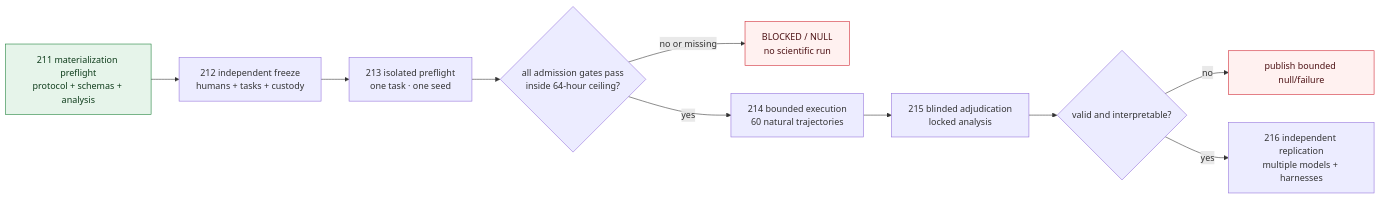
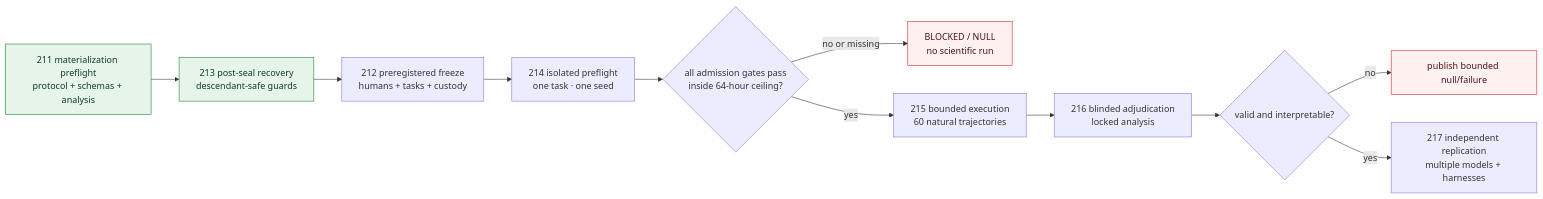
The second of 2 diagrams in docs/TELOS-ROADMAP-2026.md (manfromnowhere143/telos), drawn with Mermaid before and after one commit. The commit also changed other lines of this file and 26 other files, not shown here.

Commit message:
Recover iter211 post-seal validation

````diff
--- a/docs/TELOS-ROADMAP-2026.md
+++ b/docs/TELOS-ROADMAP-2026.md
@@ -179,16 +181,17 @@
 ```mermaid
 flowchart LR
- I211["211 materialization preflight<br/>protocol + schemas + analysis"] --> I212["212 independent freeze<br/>humans + tasks + custody"]
- I212 --> I213["213 isolated preflight<br/>one task · one seed"]
- I213 --> Q{"all admission gates pass<br/>inside 64-hour ceiling?"}
+ I211["211 materialization preflight<br/>protocol + schemas + analysis"] --> I213["213 post-seal recovery<br/>descendant-safe guards"]
+ I213 --> I212["212 preregistered freeze<br/>humans + tasks + custody"]
+ I212 --> I214["214 isolated preflight<br/>one task · one seed"]
+ I214 --> Q{"all admission gates pass<br/>inside 64-hour ceiling?"}
  Q -->|no or missing| B["BLOCKED / NULL<br/>no scientific run"]
- Q -->|yes| I214["214 bounded execution<br/>60 natural trajectories"]
- I214 --> I215["215 blinded adjudication<br/>locked analysis"]
- I215 --> R{"valid and interpretable?"}
+ Q -->|yes| I215["215 bounded execution<br/>60 natural trajectories"]
+ I215 --> I216["216 blinded adjudication<br/>locked analysis"]
+ I216 --> R{"valid and interpretable?"}
  R -->|no| N["publish bounded null/failure"]
- R -->|yes| I216["216 independent replication<br/>multiple models + harnesses"]
+ R -->|yes| I217["217 independent replication<br/>multiple models + harnesses"]
  classDef done fill:#e6f4ea,stroke:#1a7f37,color:#0f3d1c;
  classDef blocked fill:#fff1f0,stroke:#cf222e,color:#4c1114;
- class I211 done;
+ class I211,I213 done;
  class B,N blocked;
 ```
````
